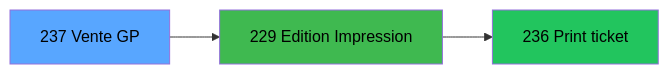
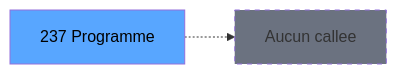
One commit to thonyAGP/lecteur-magic changed the third of 3 diagrams in .openspec/specs/ADH-IDE-237.md. Above: the diagram before and after it, drawn with Mermaid. The commit also changed other lines of this file and 326 other files, not shown here.

````diff
--- a/.openspec/specs/ADH-IDE-237.md
+++ b/.openspec/specs/ADH-IDE-237.md
@@ -225,13 +111,8 @@
 ```mermaid
 graph LR
-    T[237 Vente GP]
-    C229[229 Edition Impression]
-    C236[236 Print ticket]
-
-    T --> C229
-    C229 --> C236
-
+    T[237 Programme]
+    NONE[Aucun callee]
+    T -.-> NONE
     style T fill:#58a6ff,color:#000
-    style C229 fill:#3fb950,color:#000
-    style C236 fill:#22c55e,color:#000
+    style NONE fill:#6b7280,stroke-dasharray: 5 5
 ```
````
